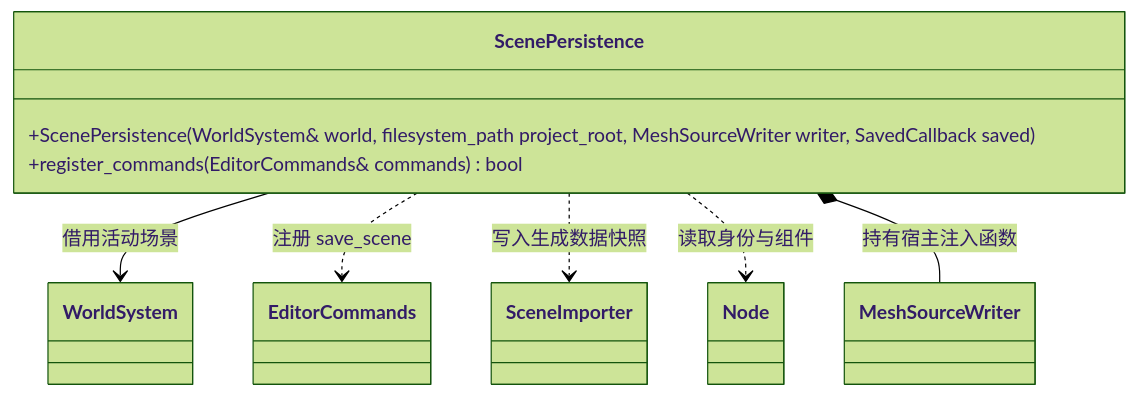
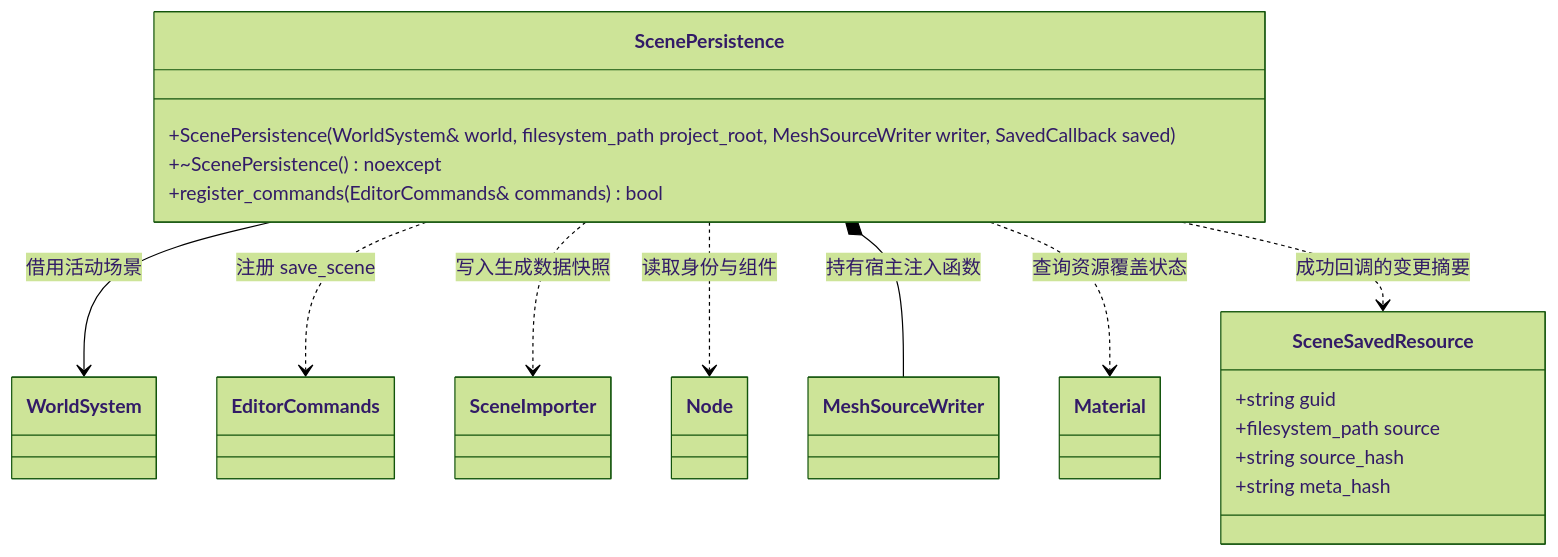
One commit to lcals/Engine changed the diagram in docs/editor/class-diagrams/scene-persistence.md. Above: the diagram before and after it, drawn with Mermaid (forest theme). The commit also changed other lines of this file and 78 other files, not shown here.

````diff
--- a/docs/editor/class-diagrams/scene-persistence.md
+++ b/docs/editor/class-diagrams/scene-persistence.md
@@ -5,17 +5,27 @@
 ```mermaid
 classDiagram
     class ScenePersistence {
         +ScenePersistence(WorldSystem& world, filesystem_path project_root, MeshSourceWriter writer, SavedCallback saved)
+        +~ScenePersistence() noexcept
         +register_commands(EditorCommands& commands) bool
     }
     class WorldSystem
     class EditorCommands
     class SceneImporter
     class Node
     class MeshSourceWriter
+    class Material
+    class SceneSavedResource {
+        +string guid
+        +filesystem_path source
+        +string source_hash
+        +string meta_hash
+    }
     ScenePersistence --> WorldSystem : 借用活动场景
     ScenePersistence ..> EditorCommands : 注册 save_scene
     ScenePersistence ..> SceneImporter : 写入生成数据快照
     ScenePersistence ..> Node : 读取身份与组件
     ScenePersistence *-- MeshSourceWriter : 持有宿主注入函数
+    ScenePersistence ..> Material : 查询资源覆盖状态
+    ScenePersistence ..> SceneSavedResource : 成功回调的变更摘要
 ```
````
